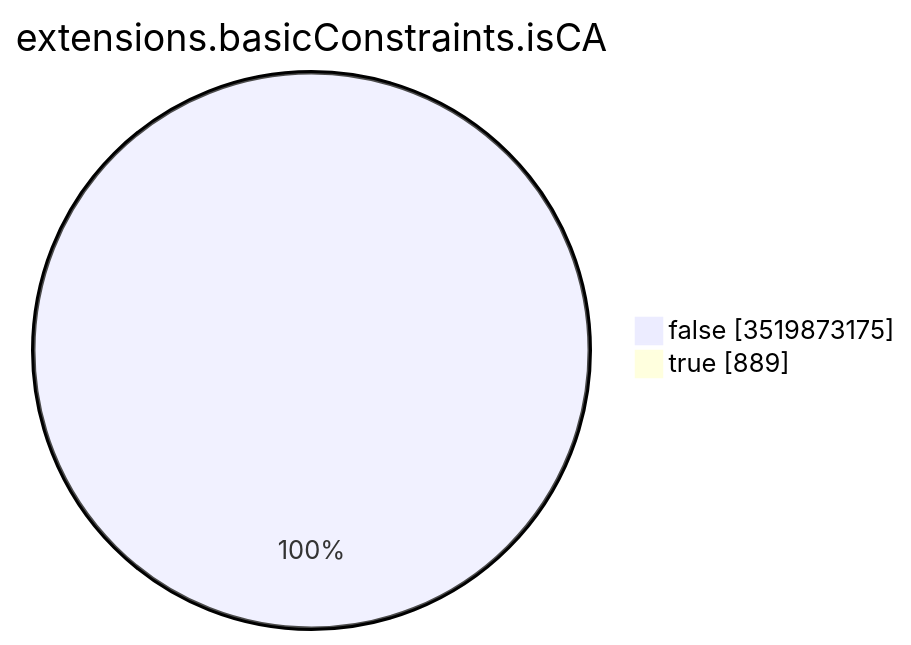
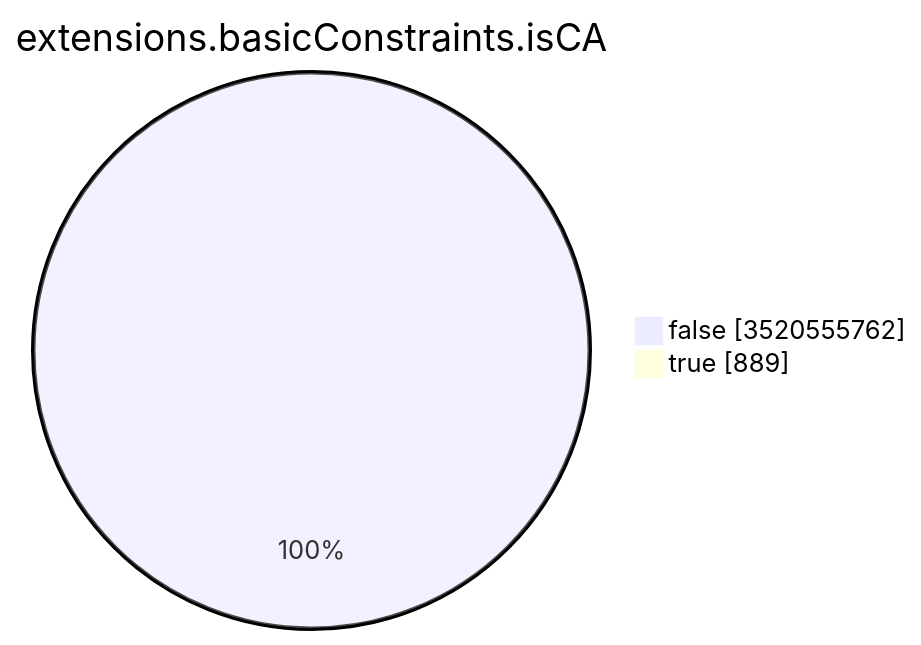
One commit to christiankrug/ctmonitor_visualization changed the seventh of 15 diagrams in TOTAL/README.md. Above: the diagram before and after it, drawn with Mermaid. The commit also changed other lines of this file, not shown here.

````diff
--- a/TOTAL/README.md
+++ b/TOTAL/README.md
@@ -3094,6 +3094,6 @@
 ```mermaid
 pie showData
 title extensions.basicConstraints.isCA
-"false" :3519873175
+"false" :3520555762
 "true" :889
 ```
````
